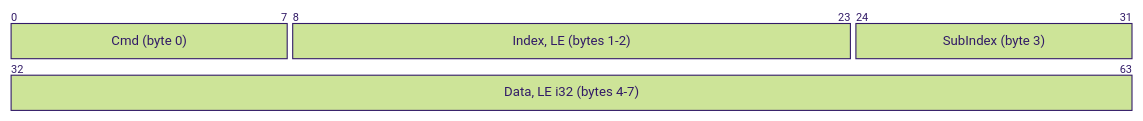
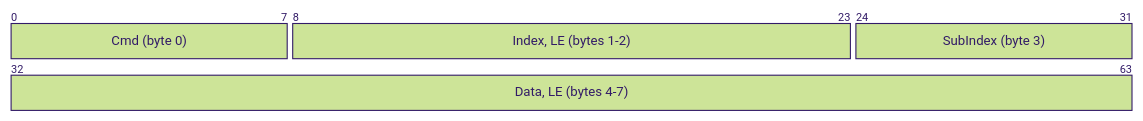
The second of 5 diagrams in Motor/MotProtocol/MotCan/README.md (FireSourcery/FireSourcery_Library), drawn with Mermaid (forest theme) before and after one commit. The commit also changed other lines of this file and 34 other files, not shown here.

````diff
--- a/Motor/MotProtocol/MotCan/README.md
+++ b/Motor/MotProtocol/MotCan/README.md
@@ -74,7 +60,7 @@
 ```mermaid
 packet-beta
 0-7: "Cmd (byte 0)"
 8-23: "Index, LE (bytes 1-2)"
 24-31: "SubIndex (byte 3)"
-32-63: "Data, LE i32 (bytes 4-7)"
+32-63: "Data, LE (bytes 4-7)"
 ```
````
